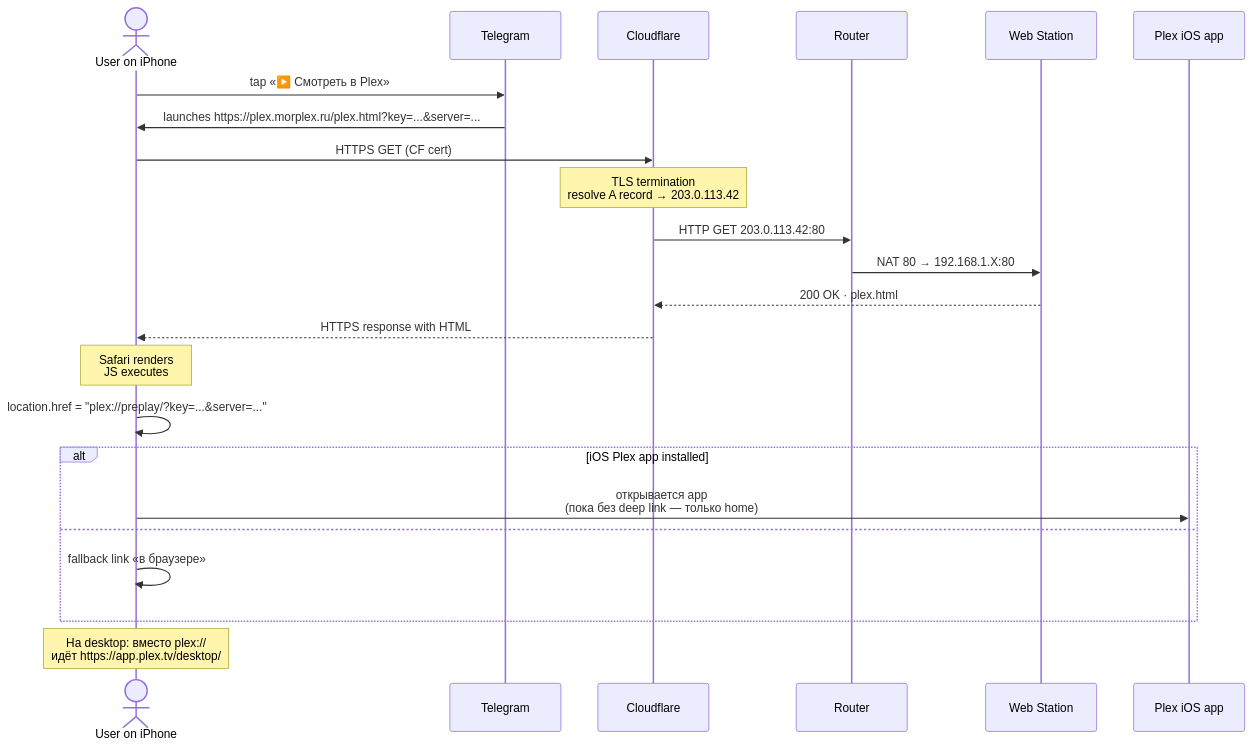
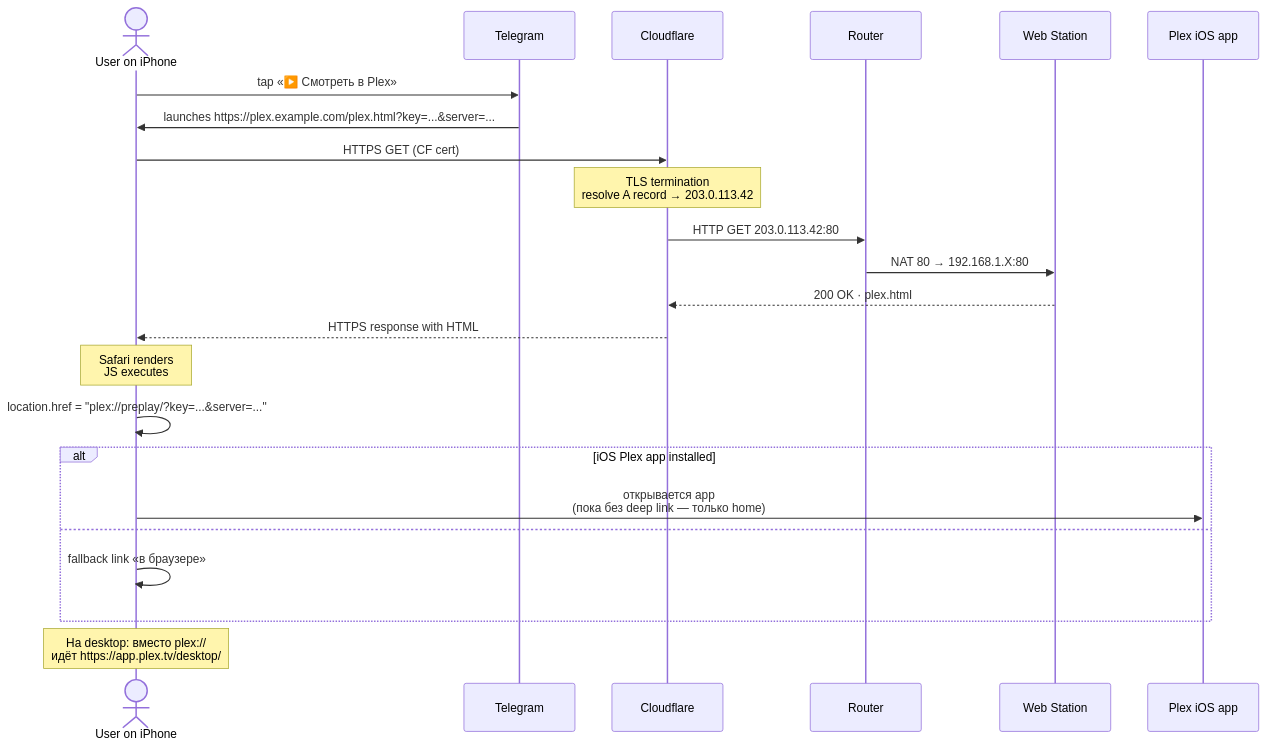
Before and after one commit to KiMorev/tg-torrent-bot: the eighth of 13 diagrams in ARCHITECTURE.md, drawn with Mermaid. The commit also changed other lines of this file and 2 other files, not shown here.

Commit message:
Mask personal Plex domain in docs

````diff
--- a/ARCHITECTURE.md
+++ b/ARCHITECTURE.md
@@ -331,29 +331,29 @@
 ```mermaid
 sequenceDiagram
     actor U as User on iPhone
     participant T as Telegram
     participant C as Cloudflare
     participant R as Router
     participant W as Web Station
     participant App as Plex iOS app
 
     U->>T: tap «▶️ Смотреть в Plex»
-    T->>U: launches https://plex.morplex.ru/plex.html?key=...&server=...
+    T->>U: launches https://plex.example.com/plex.html?key=...&server=...
     U->>C: HTTPS GET (CF cert)
     Note over C: TLS termination<br/>resolve A record → 203.0.113.42
     C->>R: HTTP GET 203.0.113.42:80
     R->>W: NAT 80 → 192.168.1.X:80
     W-->>C: 200 OK · plex.html
     C-->>U: HTTPS response with HTML
 
     Note over U: Safari renders<br/>JS executes
     U->>U: location.href = "plex://preplay/?key=...&server=..."
 
     alt iOS Plex app installed
         U->>App: открывается app<br/>(пока без deep link — только home)
     else
         U->>U: fallback link «в браузере»
     end
 
     Note over U: На desktop: вместо plex://<br/>идёт https://app.plex.tv/desktop/#!/server/.../details?key=...<br/>→ Plex Web показывает фильм
 ```
````
